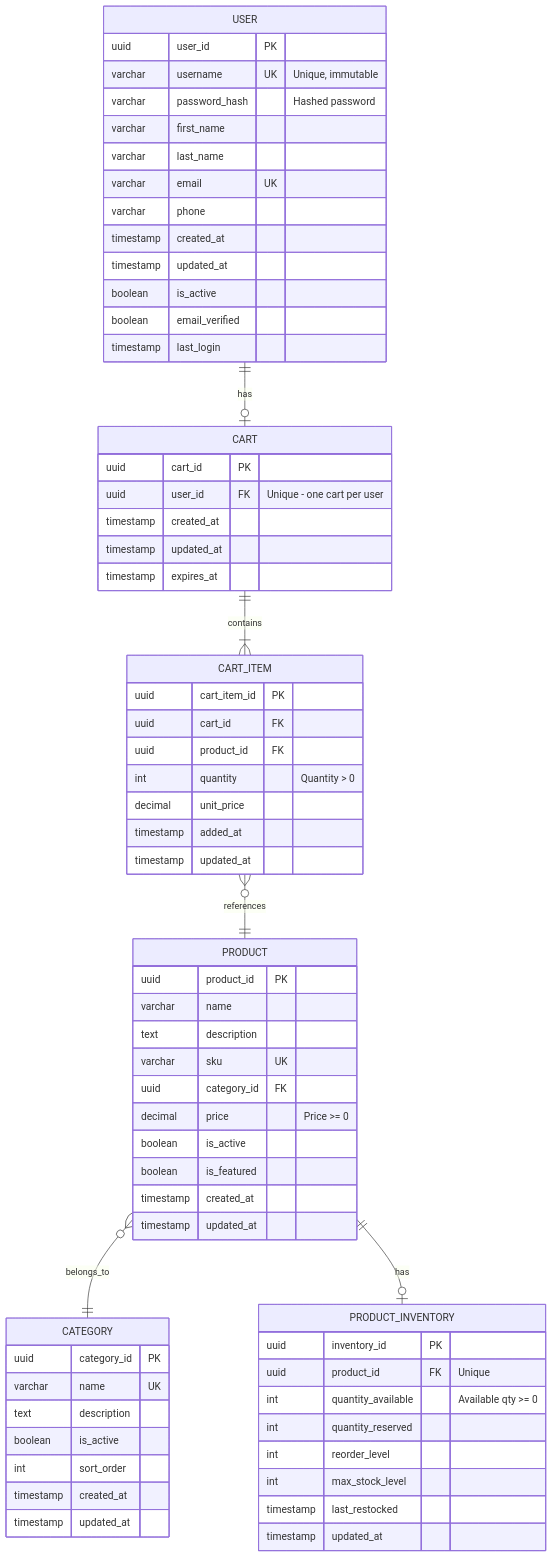
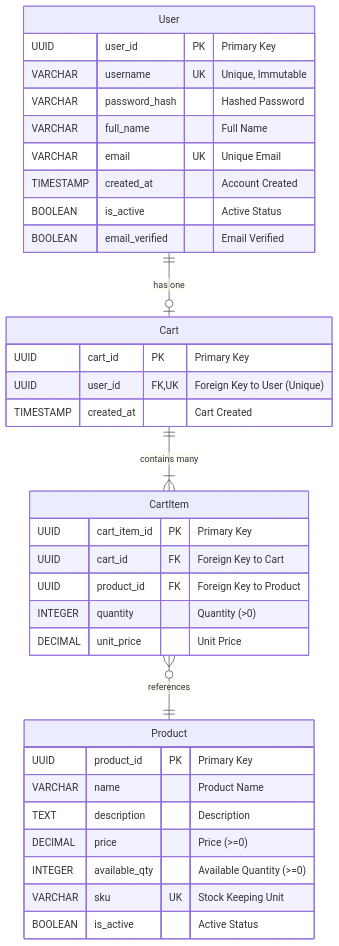
One commit to NavneetBN47/ecommerce changed the diagram in docs/er_diagram.mmd. Above: the diagram before and after it, drawn with Mermaid. The commit also changed other lines of this file and 42 other files, not shown here.

````diff
--- a/docs/er_diagram.mmd
+++ b/docs/er_diagram.mmd
@@ -1,73 +1,41 @@
+```mermaid
 erDiagram
-    USER ||--o| CART : has
-    CART ||--|{ CART_ITEM : contains
-    CART_ITEM }o--|| PRODUCT : references
-    PRODUCT }o--|| CATEGORY : belongs_to
-    PRODUCT ||--o| PRODUCT_INVENTORY : has
-
-    USER {
-        uuid user_id PK
-        varchar username UK "Unique, immutable"
-        varchar password_hash "Hashed password"
-        varchar first_name
-        varchar last_name
-        varchar email UK
-        varchar phone
-        timestamp created_at
-        timestamp updated_at
-        boolean is_active
-        boolean email_verified
-        timestamp last_login
+    User ||--o| Cart : "has one"
+    Cart ||--|{ CartItem : "contains many"
+    CartItem }o--|| Product : "references"
+    
+    User {
+        UUID user_id PK "Primary Key"
+        VARCHAR username UK "Unique, Immutable"
+        VARCHAR password_hash "Hashed Password"
+        VARCHAR full_name "Full Name"
+        VARCHAR email UK "Unique Email"
+        TIMESTAMP created_at "Account Created"
+        BOOLEAN is_active "Active Status"
+        BOOLEAN email_verified "Email Verified"
     }
-
-    CATEGORY {
-        uuid category_id PK
-        varchar name UK
-        text description
-        boolean is_active
-        int sort_order
-        timestamp created_at
-        timestamp updated_at
+    
+    Product {
+        UUID product_id PK "Primary Key"
+        VARCHAR name "Product Name"
+        TEXT description "Description"
+        DECIMAL price "Price (>=0)"
+        INTEGER available_qty "Available Quantity (>=0)"
+        VARCHAR sku UK "Stock Keeping Unit"
+        BOOLEAN is_active "Active Status"
     }
-
-    PRODUCT {
-        uuid product_id PK
-        varchar name
-        text description
-        varchar sku UK
-        uuid category_id FK
-        decimal price "Price >= 0"
-        boolean is_active
-        boolean is_featured
-        timestamp created_at
-        timestamp updated_at
+    
+    Cart {
+        UUID cart_id PK "Primary Key"
+        UUID user_id FK,UK "Foreign Key to User (Unique)"
+        TIMESTAMP created_at "Cart Created"
     }
-
-    PRODUCT_INVENTORY {
-        uuid inventory_id PK
-        uuid product_id FK "Unique"
-        int quantity_available "Available qty >= 0"
-        int quantity_reserved
-        int reorder_level
-        int max_stock_level
-        timestamp last_restocked
-        timestamp updated_at
+    
+    CartItem {
+        UUID cart_item_id PK "Primary Key"
+        UUID cart_id FK "Foreign Key to Cart"
+        UUID product_id FK "Foreign Key to Product"
+        INTEGER quantity "Quantity (>0)"
+        DECIMAL unit_price "Unit Price"
     }
-
-    CART {
-        uuid cart_id PK
-        uuid user_id FK "Unique - one cart per user"
-        timestamp created_at
-        timestamp updated_at
-        timestamp expires_at
-    }
-
-    CART_ITEM {
-        uuid cart_item_id PK
-        uuid cart_id FK
-        uuid product_id FK
-        int quantity "Quantity > 0"
-        decimal unit_price
-        timestamp added_at
-        timestamp updated_at
-    }
+```
````
